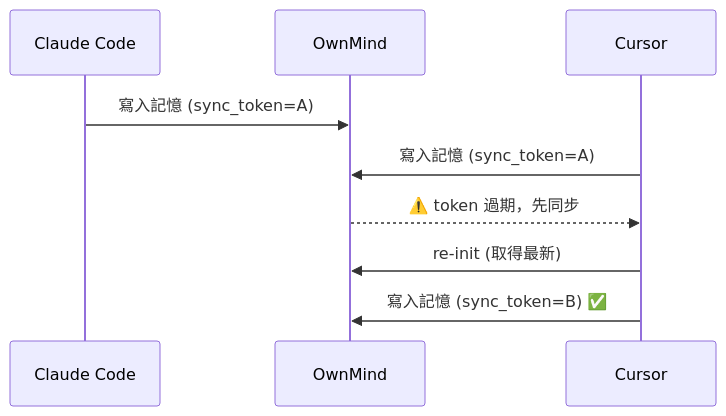
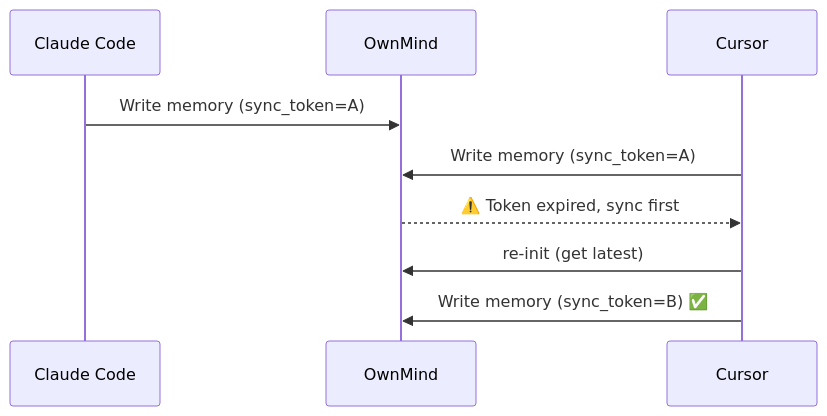
One commit to miou1107/ownmind changed the fourth of 4 diagrams in README.md. Above: the diagram before and after it, drawn with Mermaid. The commit also changed other lines of this file and 2 other files, not shown here.

````diff
--- a/README.md
+++ b/README.md
@@ -82,12 +91,12 @@
 ```mermaid
 sequenceDiagram
     participant CC as Claude Code
     participant OM as OwnMind
     participant CR as Cursor
 
-    CC->>OM: 寫入記憶 (sync_token=A)
-    CR->>OM: 寫入記憶 (sync_token=A)
-    OM-->>CR: ⚠️ token 過期，先同步
-    CR->>OM: re-init (取得最新)
-    CR->>OM: 寫入記憶 (sync_token=B) ✅
+    CC->>OM: Write memory (sync_token=A)
+    CR->>OM: Write memory (sync_token=A)
+    OM-->>CR: ⚠️ Token expired, sync first
+    CR->>OM: re-init (get latest)
+    CR->>OM: Write memory (sync_token=B) ✅
 ```
````
